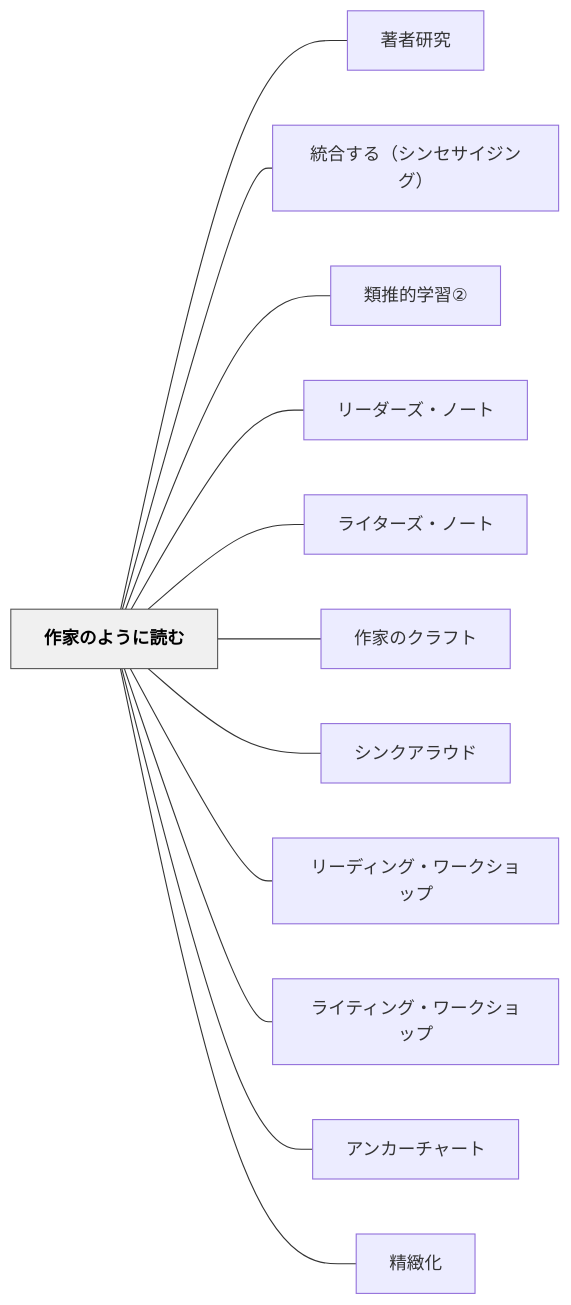
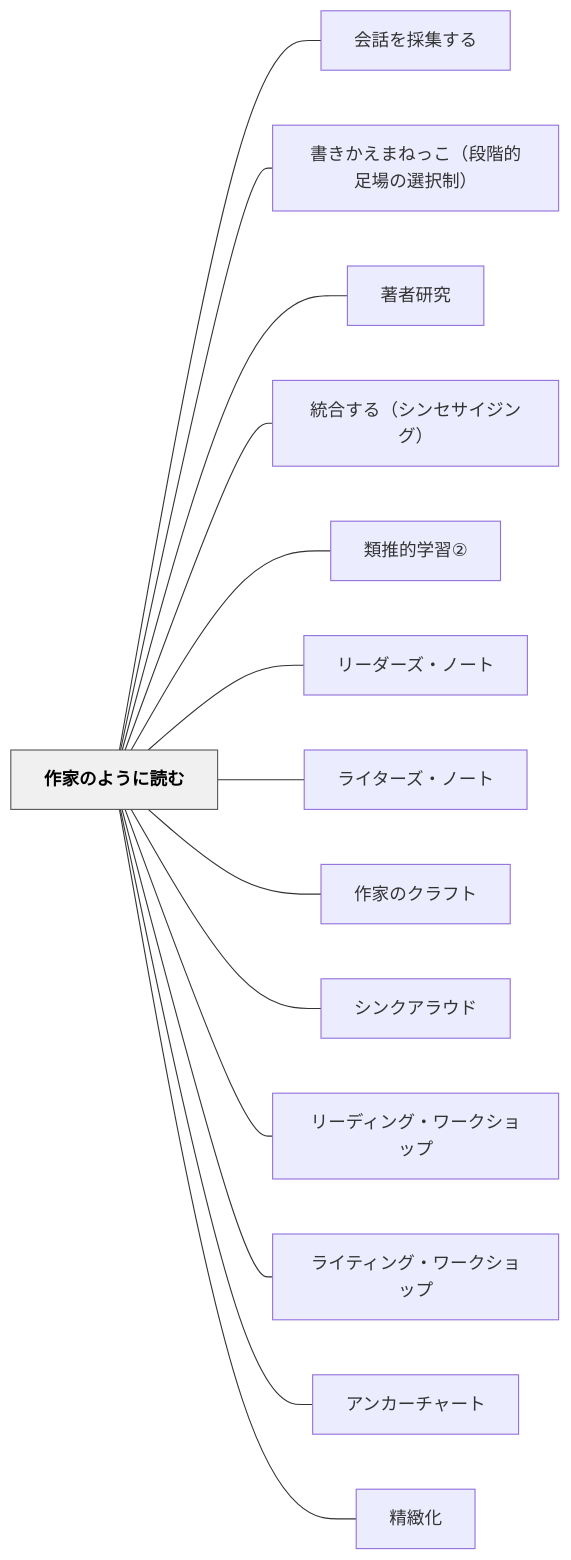
Before and after one commit to unknownthings-ed-patterns/unknownthings-ed-patterns: the diagram in content/パタン/作家のように読む.md, drawn with Mermaid. The commit also changed other lines of this file and 185 other files, not shown here.

````diff
--- a/content/パタン/作家のように読む.md
+++ b/content/パタン/作家のように読む.md
@@ -310,30 +312,34 @@
 ```mermaid
 flowchart LR
     ne4bd9ce5aeb6e381aee38288e38186e381abe8aaade38280["作家のように読む"]
+    ne4bc9ae8a9b1e38292e68ea1e99b86e38199e3828b["会話を採集する"]
+    ne69bb8e3818de3818be38188e381bee381ade381a3e38193efbc88e6aeb5e99a8ee79a84e8b6b3e5a0b4e381aee981b8e68a9ee588b6efbc89["書きかえまねっこ（段階的足場の選択制）"]
     ne89197e88085e7a094e7a9b6["著者研究"]
     ne7b5b1e59088e38199e3828befbc88e382b7e383b3e382bbe382b5e382a4e382b8e383b3e382b0efbc89["統合する（シンセサイジング）"]
     ne9a19ee68ea8e79a84e5ada6e7bf92e291a1["類推的学習②"]
     ne383aae383bce38380e383bce382bae383bbe3838ee383bce38388["リーダーズ・ノート"]
     ne383a9e382a4e382bfe383bce382bae383bbe3838ee383bce38388["ライターズ・ノート"]
     ne4bd9ce5aeb6e381aee382afe383a9e38395e38388["作家のクラフト"]
     ne382b7e383b3e382afe382a2e383a9e382a6e38389["シンクアラウド"]
     ne383aae383bce38387e382a3e383b3e382b0e383bbe383afe383bce382afe382b7e383a7e38383e38397["リーディング・ワークショップ"]
     ne383a9e382a4e38386e382a3e383b3e382b0e383bbe383afe383bce382afe382b7e383a7e38383e38397["ライティング・ワークショップ"]
     ne382a2e383b3e382abe383bce38381e383a3e383bce38388["アンカーチャート"]
     ne7b2bee7b7bbe58c96["精緻化"]
 
+    ne4bd9ce5aeb6e381aee38288e38186e381abe8aaade38280 --- ne4bc9ae8a9b1e38292e68ea1e99b86e38199e3828b
+    ne4bd9ce5aeb6e381aee38288e38186e381abe8aaade38280 --- ne69bb8e3818de3818be38188e381bee381ade381a3e38193efbc88e6aeb5e99a8ee79a84e8b6b3e5a0b4e381aee981b8e68a9ee588b6efbc89
     ne4bd9ce5aeb6e381aee38288e38186e381abe8aaade38280 --- ne89197e88085e7a094e7a9b6
     ne4bd9ce5aeb6e381aee38288e38186e381abe8aaade38280 --- ne7b5b1e59088e38199e3828befbc88e382b7e383b3e382bbe382b5e382a4e382b8e383b3e382b0efbc89
     ne4bd9ce5aeb6e381aee38288e38186e381abe8aaade38280 --- ne9a19ee68ea8e79a84e5ada6e7bf92e291a1
     ne4bd9ce5aeb6e381aee38288e38186e381abe8aaade38280 --- ne383aae383bce38380e383bce382bae383bbe3838ee383bce38388
     ne4bd9ce5aeb6e381aee38288e38186e381abe8aaade38280 --- ne383a9e382a4e382bfe383bce382bae383bbe3838ee383bce38388
     ne4bd9ce5aeb6e381aee38288e38186e381abe8aaade38280 --- ne4bd9ce5aeb6e381aee382afe383a9e38395e38388
     ne4bd9ce5aeb6e381aee38288e38186e381abe8aaade38280 --- ne382b7e383b3e382afe382a2e383a9e382a6e38389
     ne4bd9ce5aeb6e381aee38288e38186e381abe8aaade38280 --- ne383aae383bce38387e382a3e383b3e382b0e383bbe383afe383bce382afe382b7e383a7e38383e38397
     ne4bd9ce5aeb6e381aee38288e38186e381abe8aaade38280 --- ne383a9e382a4e38386e382a3e383b3e382b0e383bbe383afe383bce382afe382b7e383a7e38383e38397
     ne4bd9ce5aeb6e381aee38288e38186e381abe8aaade38280 --- ne382a2e383b3e382abe383bce38381e383a3e383bce38388
     ne4bd9ce5aeb6e381aee38288e38186e381abe8aaade38280 --- ne7b2bee7b7bbe58c96
 
     classDef hub fill:#f0f0f0,stroke:#555,color:#000,font-weight:bold
     class ne4bd9ce5aeb6e381aee38288e38186e381abe8aaade38280 hub
 ```
````
